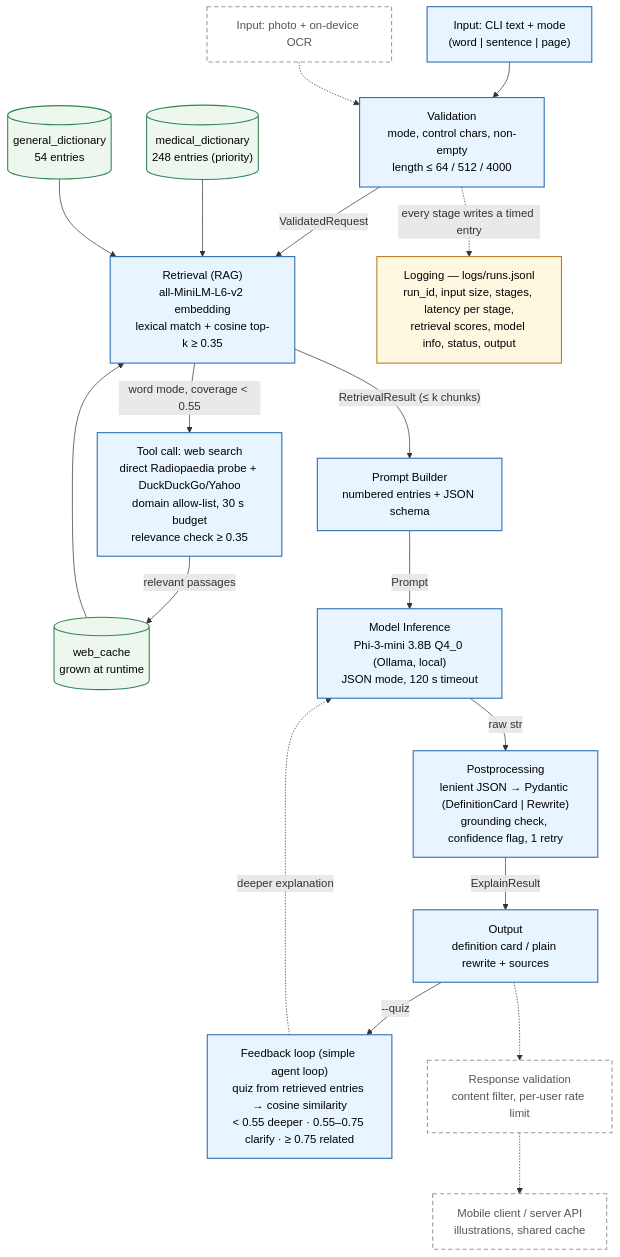
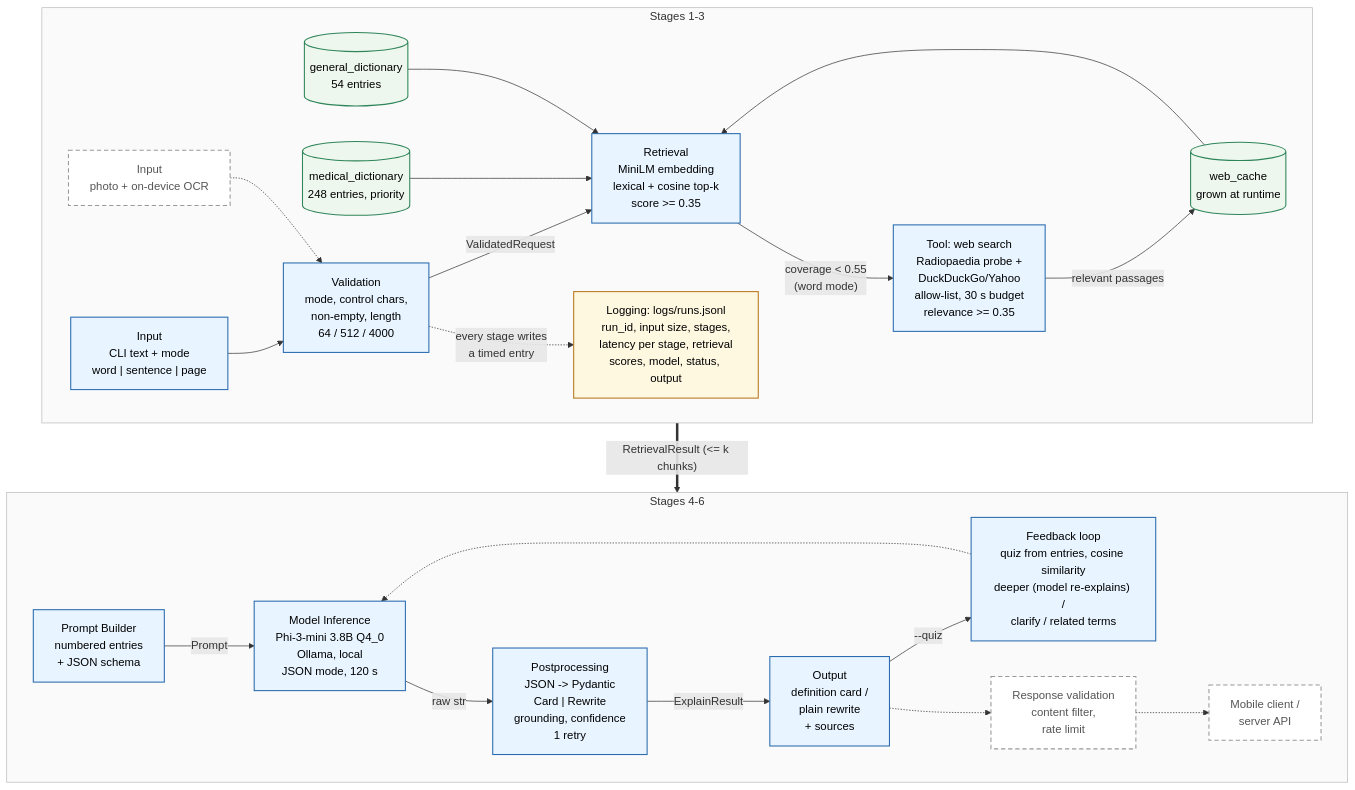
One commit to BrockNorris/ClinicalLingo changed the diagram in docs/architecture.md. Above: the diagram before and after it, drawn with Mermaid. The commit also changed 3 other files, not shown here.

Commit message:
Architecture diagram: two-lane landscape layout for the PDF

````diff
--- a/docs/architecture.md
+++ b/docs/architecture.md
@@ -5,41 +5,50 @@
 ```mermaid
 flowchart TB
     classDef built fill:#e8f4ff,stroke:#2b6cb0,stroke-width:1.5px,color:#000
     classDef notbuilt fill:#fff,stroke:#999,stroke-width:1.5px,stroke-dasharray:6 4,color:#555
     classDef log fill:#fff8e1,stroke:#b7791f,stroke-width:1.5px,color:#000
     classDef store fill:#eef7ee,stroke:#2f855a,stroke-width:1.5px,color:#000
+    classDef lane fill:#fafafa,stroke:#bbb,stroke-width:1px,color:#333
 
-    CLI["Input: CLI text + mode<br/>(word | sentence | page)"]:::built
-    PHOTO["Input: photo + on-device OCR"]:::notbuilt
-    VAL["Validation<br/>mode, control chars, non-empty<br/>length ≤ 64 / 512 / 4000"]:::built
-    RET["Retrieval (RAG)<br/>all-MiniLM-L6-v2 embedding<br/>lexical match + cosine top-k ≥ 0.35"]:::built
-    MED[("medical_dictionary<br/>248 entries (priority)")]:::store
-    GEN[("general_dictionary<br/>54 entries")]:::store
-    WEBC[("web_cache<br/>grown at runtime")]:::store
-    WEB["Tool call: web search<br/>direct Radiopaedia probe + DuckDuckGo/Yahoo<br/>domain allow-list, 30 s budget<br/>relevance check ≥ 0.35"]:::built
-    PB["Prompt Builder<br/>numbered entries + JSON schema"]:::built
-    LLM["Model Inference<br/>Phi-3-mini 3.8B Q4_0 (Ollama, local)<br/>JSON mode, 120 s timeout"]:::built
-    POST["Postprocessing<br/>lenient JSON → Pydantic (DefinitionCard | Rewrite)<br/>grounding check, confidence flag, 1 retry"]:::built
-    OUT["Output<br/>definition card / plain rewrite + sources"]:::built
-    LOOP["Feedback loop (simple agent loop)<br/>quiz from retrieved entries → cosine similarity<br/>< 0.55 deeper · 0.55–0.75 clarify · ≥ 0.75 related"]:::built
-    RV["Response validation<br/>content filter, per-user rate limit"]:::notbuilt
-    APP["Mobile client / server API<br/>illustrations, shared cache"]:::notbuilt
-    LOG["Logging — logs/runs.jsonl<br/>run_id, input size, stages, latency per stage,<br/>retrieval scores, model info, status, output"]:::log
+    subgraph L1["Stages 1-3"]
+        direction LR
+        CLI["Input<br/>CLI text + mode<br/>word | sentence | page"]:::built
+        PHOTO["Input<br/>photo + on-device OCR"]:::notbuilt
+        VAL["Validation<br/>mode, control chars,<br/>non-empty, length<br/>64 / 512 / 4000"]:::built
+        MED[("medical_dictionary<br/>248 entries, priority")]:::store
+        GEN[("general_dictionary<br/>54 entries")]:::store
+        WEBC[("web_cache<br/>grown at runtime")]:::store
+        RET["Retrieval<br/>MiniLM embedding<br/>lexical + cosine top-k<br/>score >= 0.35"]:::built
+        WEB["Tool: web search<br/>Radiopaedia probe +<br/>DuckDuckGo/Yahoo<br/>allow-list, 30 s budget<br/>relevance >= 0.35"]:::built
+        LOG["Logging: logs/runs.jsonl<br/>run_id, input size, stages,<br/>latency per stage, retrieval<br/>scores, model, status, output"]:::log
+        CLI --> VAL
+        PHOTO -.-> VAL
+        VAL -- "ValidatedRequest" --> RET
+        MED --> RET
+        GEN --> RET
+        WEBC --> RET
+        RET -- "coverage < 0.55<br/>(word mode)" --> WEB
+        WEB -- "relevant passages" --> WEBC
+        VAL -. "every stage writes<br/>a timed entry" .-> LOG
+    end
 
-    CLI --> VAL
-    PHOTO -.-> VAL
-    VAL -- "ValidatedRequest" --> RET
-    MED --> RET
-    GEN --> RET
-    WEBC --> RET
-    RET -- "word mode, coverage < 0.55" --> WEB
-    WEB -- "relevant passages" --> WEBC
-    RET -- "RetrievalResult (≤ k chunks)" --> PB
-    PB -- "Prompt" --> LLM
-    LLM -- "raw str" --> POST
-    POST -- "ExplainResult" --> OUT
-    OUT -- "--quiz" --> LOOP
-    LOOP -. "deeper explanation" .-> LLM
-    OUT -.-> RV -.-> APP
-    VAL -. "every stage writes a timed entry" .-> LOG
+    subgraph L2["Stages 4-6"]
+        direction LR
+        PB["Prompt Builder<br/>numbered entries<br/>+ JSON schema"]:::built
+        LLM["Model Inference<br/>Phi-3-mini 3.8B Q4_0<br/>Ollama, local<br/>JSON mode, 120 s"]:::built
+        POST["Postprocessing<br/>JSON -> Pydantic<br/>Card | Rewrite<br/>grounding, confidence<br/>1 retry"]:::built
+        OUT["Output<br/>definition card /<br/>plain rewrite<br/>+ sources"]:::built
+        LOOP["Feedback loop<br/>quiz from entries, cosine similarity<br/>deeper (model re-explains) /<br/>clarify / related terms"]:::built
+        RV["Response validation<br/>content filter,<br/>rate limit"]:::notbuilt
+        APP["Mobile client /<br/>server API"]:::notbuilt
+        PB -- "Prompt" --> LLM
+        LLM -- "raw str" --> POST
+        POST -- "ExplainResult" --> OUT
+        OUT -- "--quiz" --> LOOP
+        LOOP -.-> LLM
+        OUT -.-> RV -.-> APP
+    end
+
+    L1 == "RetrievalResult (<= k chunks)" ==> L2
+    class L1,L2 lane
 ```
````
